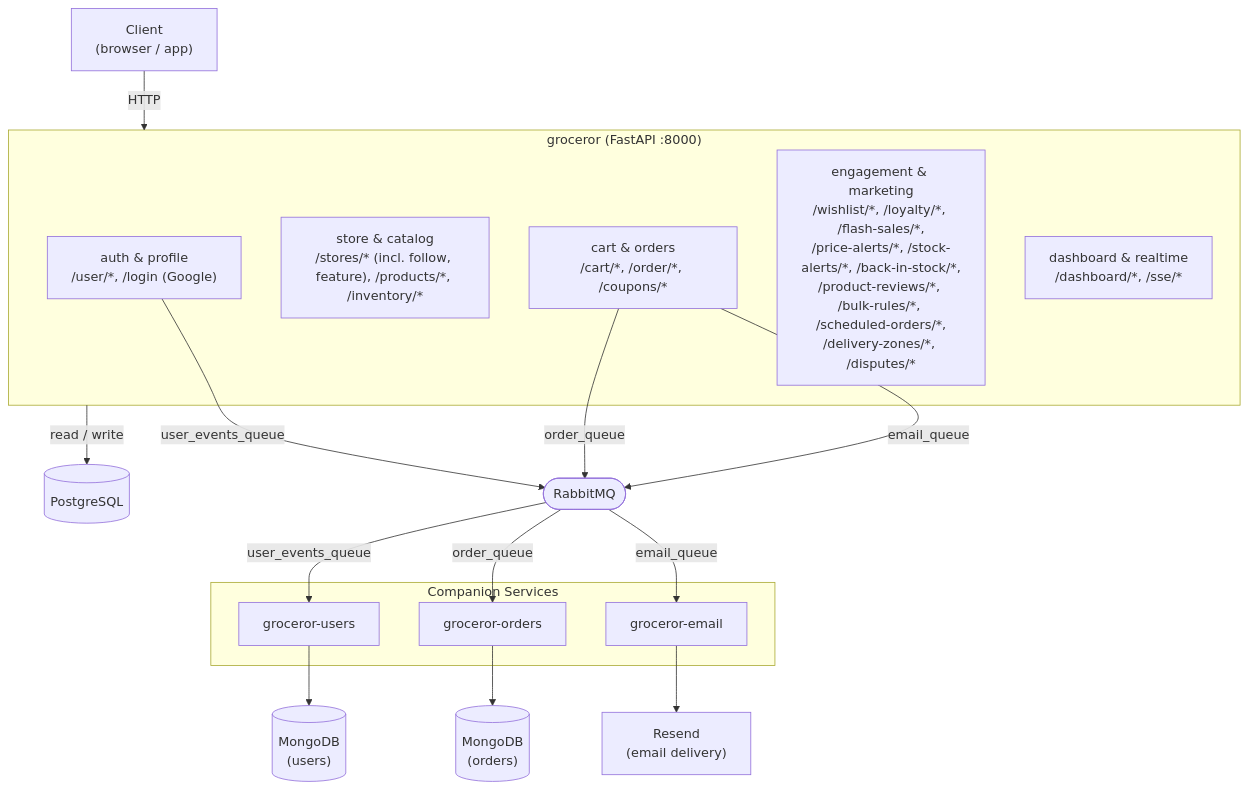
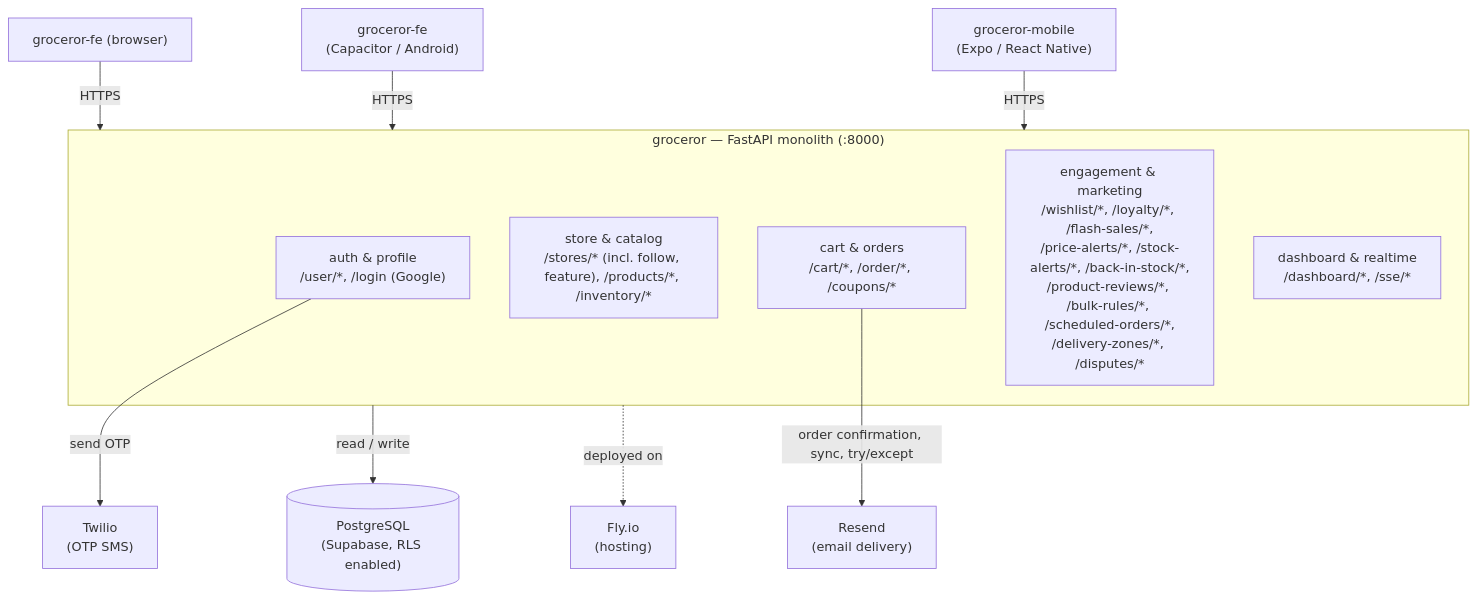
The diagram in ARCHITECTURE.md (lordlabakdas/groceror), drawn with Mermaid before and after one commit. The commit also changed other lines of this file and 2 other files, not shown here.

Commit message:
Bring docs up to date with the current monolith/Fly.io reality
README, ARCHITECTURE, and CLAUDE.md all still described the retired
microservices split (groceror-users/orders/email over RabbitMQ,
per-service MongoDB) and predated the Fly.io/GitHub Actions deploy
pipeline, full seed_db scripts, and SPEC_*.md convention.

- ARCHITECTURE.md: replaced the stale RabbitMQ/MongoDB diagram with
  the current monolith (Postgres/Supabase, Resend, Twilio, Fly.io),
  showing groceror-fe (web + Capacitor Android) and groceror-mobile
  as the three clients hitting this API.
- README.md: fixed the "grocerer" title typo and Python 3.6 claim
  (actually 3.12), added CI/deploy badges, testing section, full
  seed_db docs (was missing seed_products.py/seed_orders.py), and a
  pointer to the SPEC_*.md convention.
- CLAUDE.md: added CI/CD and Feature specs sections.

Claude-Session: https://claude.ai/code/session_01VNNV6iUYMjixxDQpdvb2Te

````diff
--- a/ARCHITECTURE.md
+++ b/ARCHITECTURE.md
@@ -3,37 +5,27 @@
 ```mermaid
 graph TD
-    Client["Client\n(browser / app)"]
+    Web["groceror-fe (browser)"]
+    Android["groceror-fe\n(Capacitor / Android)"]
+    MobileApp["groceror-mobile\n(Expo / React Native)"]
 
-    subgraph groceror ["groceror (FastAPI :8000)"]
+    subgraph groceror ["groceror — FastAPI monolith (:8000)"]
         UserAPI["auth & profile\n/user/*, /login (Google)"]
         StoreAPI["store & catalog\n/stores/* (incl. follow, feature), /products/*, /inventory/*"]
         CartOrderAPI["cart & orders\n/cart/*, /order/*, /coupons/*"]
         EngagementAPI["engagement & marketing\n/wishlist/*, /loyalty/*, /flash-sales/*,\n/price-alerts/*, /stock-alerts/*, /back-in-stock/*,\n/product-reviews/*, /bulk-rules/*, /scheduled-orders/*,\n/delivery-zones/*, /disputes/*"]
         DashboardAPI["dashboard & realtime\n/dashboard/*, /sse/*"]
     end
 
-    PG[("PostgreSQL")]
-    RMQ(["RabbitMQ"])
+    PG[("PostgreSQL\n(Supabase, RLS enabled)")]
+    Resend["Resend\n(email delivery)"]
+    Twilio["Twilio\n(OTP SMS)"]
+    Fly["Fly.io\n(hosting)"]
 
-    subgraph consumers ["Companion Services"]
-        GU["groceror-users"]
-        GO["groceror-orders"]
-        GE["groceror-email"]
-    end
-
-    UsersMongo[("MongoDB\n(users)")]
-    OrdersMongo[("MongoDB\n(orders)")]
-    Resend["Resend\n(email delivery)"]
-
-    Client -->|HTTP| groceror
+    Web -->|HTTPS| groceror
+    Android -->|HTTPS| groceror
+    MobileApp -->|HTTPS| groceror
     groceror -->|read / write| PG
-    UserAPI -->|user_events_queue| RMQ
-    CartOrderAPI -->|order_queue| RMQ
-    CartOrderAPI -->|email_queue| RMQ
-    RMQ -->|user_events_queue| GU
-    RMQ -->|order_queue| GO
-    RMQ -->|email_queue| GE
-    GU --> UsersMongo
-    GO --> OrdersMongo
-    GE --> Resend
+    UserAPI -->|send OTP| Twilio
+    CartOrderAPI -->|order confirmation, sync, try/except| Resend
+    groceror -.->|deployed on| Fly
 ```
````
